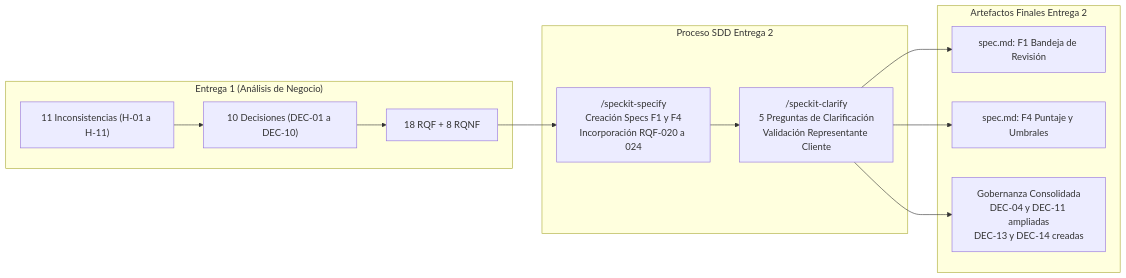
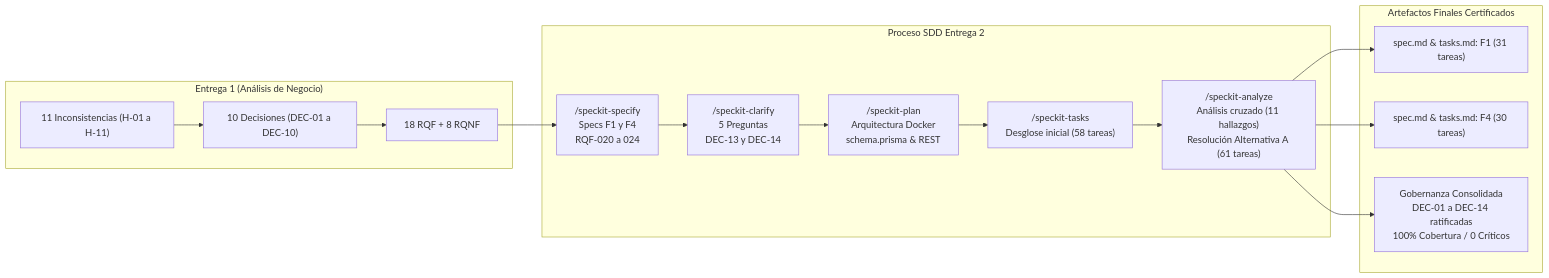
The diagram in docs/entrega2/README.md (Frxnks/Entregas_DSLLMs), drawn with Mermaid before and after one commit. The commit also changed other lines of this file and 13 other files, not shown here.

Commit message:
Se realiza analisis cruzado de los documentos en /specs/ y se resuelven dejando la documentacion de los cambios disponible en /docs/entrega2/

````diff
--- a/docs/entrega2/README.md
+++ b/docs/entrega2/README.md
@@ -49,18 +50,21 @@
 ```mermaid
 graph LR
     subgraph E1["Entrega 1 (Análisis de Negocio)"]
         H["11 Inconsistencias (H-01 a H-11)"] --> D["10 Decisiones (DEC-01 a DEC-10)"]
         D --> R["18 RQF + 8 RQNF"]
     end
 
     subgraph SDD["Proceso SDD Entrega 2"]
-        R --> SPEC["/speckit-specify<br>Creación Specs F1 y F4<br>Incorporación RQF-020 a 024"]
-        SPEC --> CLAR["/speckit-clarify<br>5 Preguntas de Clarificación<br>Validación Representante Cliente"]
+        R --> SPEC["/speckit-specify<br>Specs F1 y F4<br>RQF-020 a 024"]
+        SPEC --> CLAR["/speckit-clarify<br>5 Preguntas<br>DEC-13 y DEC-14"]
+        CLAR --> PLAN["/speckit-plan<br>Arquitectura Docker<br>schema.prisma & REST"]
+        PLAN --> TASKS["/speckit-tasks<br>Desglose inicial (58 tareas)"]
+        TASKS --> ANA["/speckit-analyze<br>Análisis cruzado (11 hallazgos)<br>Resolución Alternativa A (61 tareas)"]
     end
 
-    subgraph E2["Artefactos Finales Entrega 2"]
-        CLAR --> SP1["spec.md: F1 Bandeja de Revisión"]
-        CLAR --> SP4["spec.md: F4 Puntaje y Umbrales"]
-        CLAR --> DEC["Gobernanza Consolidada<br>DEC-04 y DEC-11 ampliadas<br>DEC-13 y DEC-14 creadas"]
+    subgraph E2["Artefactos Finales Certificados"]
+        ANA --> SP1["spec.md & tasks.md: F1 (31 tareas)"]
+        ANA --> SP4["spec.md & tasks.md: F4 (30 tareas)"]
+        ANA --> DEC["Gobernanza Consolidada<br>DEC-01 a DEC-14 ratificadas<br>100% Cobertura / 0 Críticos"]
     end
 ```
````
